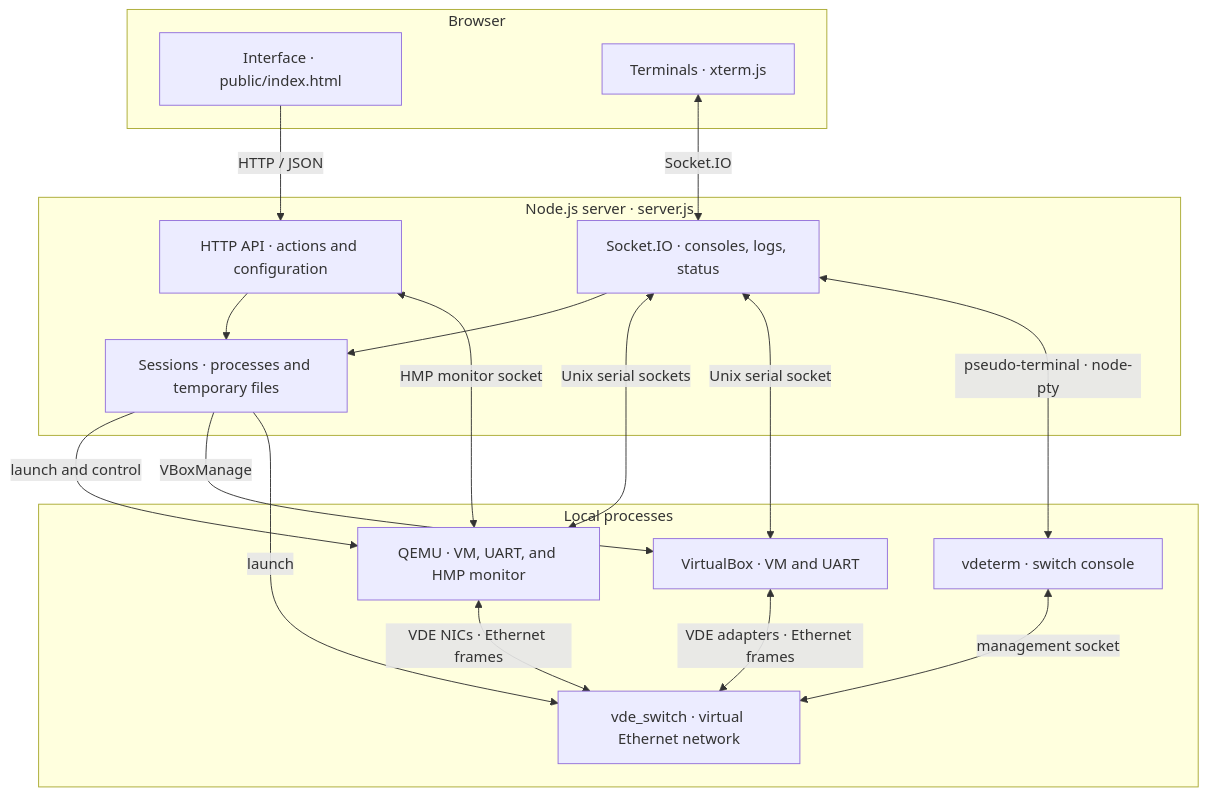
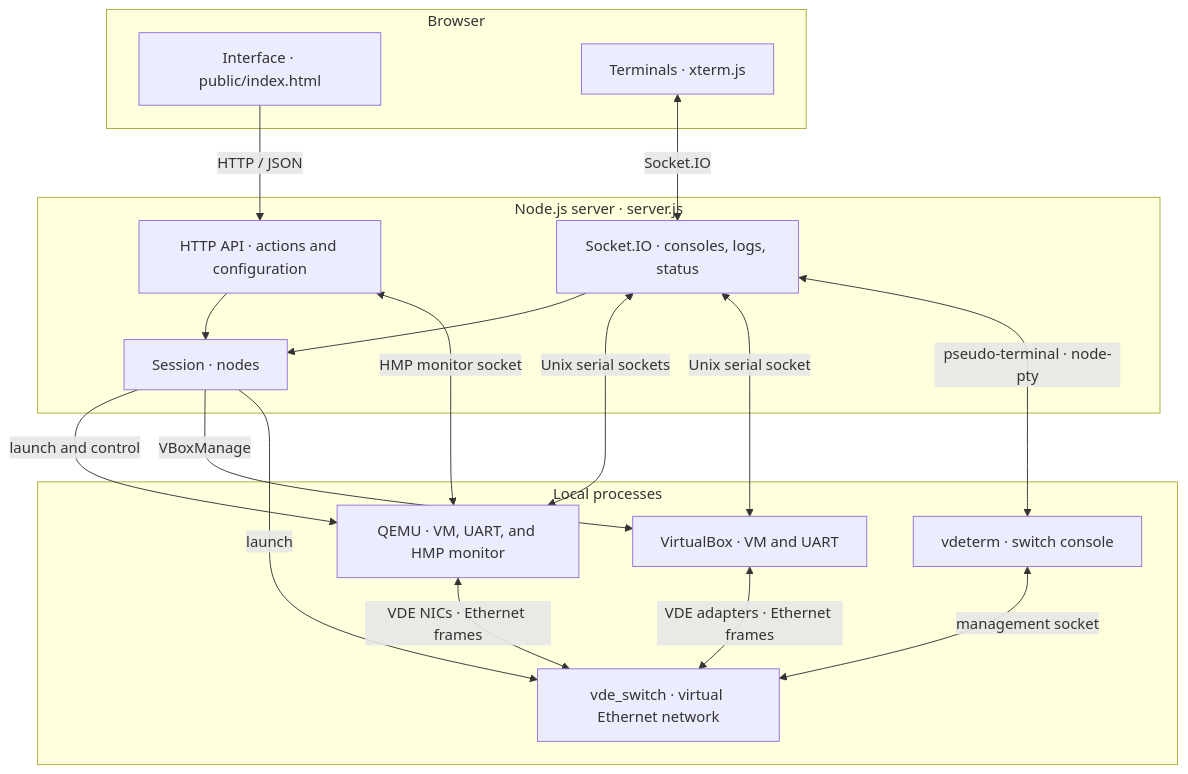
One commit to orel33/qemuweb changed the diagram in docs/architecture.md. Above: the diagram before and after it, drawn with Mermaid. The commit also changed other lines of this file and 5 other files, not shown here.

````diff
--- a/docs/architecture.md
+++ b/docs/architecture.md
@@ -7,35 +16,35 @@
 ```mermaid
 flowchart TB
   subgraph Browser["Browser"]
     UI["Interface · public/index.html"]
     Terminal["Terminals · xterm.js"]
   end
 
   subgraph Node["Node.js server · server.js"]
     API["HTTP API · actions and configuration"]
     Socket["Socket.IO · consoles, logs, status"]
-    Sessions["Sessions · processes and temporary files"]
+    Session["Session · nodes"]
   end
 
   subgraph Local["Local processes"]
     QEMU["QEMU · VM, UART, and HMP monitor"]
     VBox["VirtualBox · VM and UART"]
     VDE["vde_switch · virtual Ethernet network"]
     VDeterm["vdeterm · switch console"]
   end
 
   UI -->|"HTTP / JSON"| API
   Terminal <-->|"Socket.IO"| Socket
-  API --> Sessions
-  Socket --> Sessions
-  Sessions -->|"launch and control"| QEMU
-  Sessions -->|"VBoxManage"| VBox
-  Sessions -->|"launch"| VDE
+  API --> Session
+  Socket --> Session
+  Session -->|"launch and control"| QEMU
+  Session -->|"VBoxManage"| VBox
+  Session -->|"launch"| VDE
   Socket <-->|"Unix serial sockets"| QEMU
   Socket <-->|"Unix serial socket"| VBox
   Socket <-->|"pseudo-terminal · node-pty"| VDeterm
   VDeterm <-->|"management socket"| VDE
   QEMU <-->|"VDE NICs · Ethernet frames"| VDE
   VBox <-->|"VDE adapters · Ethernet frames"| VDE
   API <-->|"HMP monitor socket"| QEMU
 ```
````
